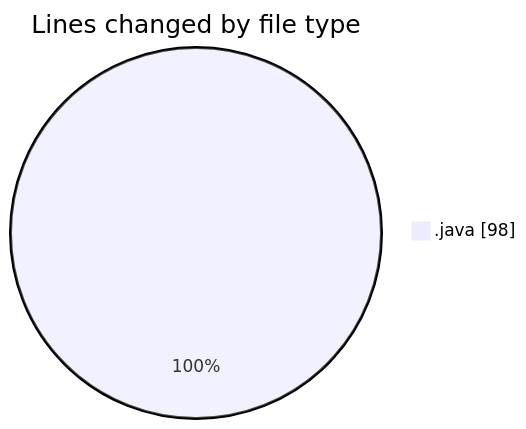
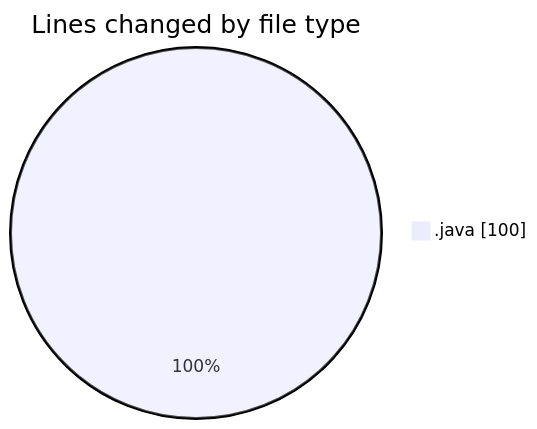
One commit to ricardozamudiocil/code-tracking changed the first of 2 diagrams in 2026-03-31/cilofertascomerciales/README.md. Above: the diagram before and after it, drawn with Mermaid. The commit also changed other lines of this file and 1 other file, not shown here.

````diff
--- a/2026-03-31/cilofertascomerciales/README.md
+++ b/2026-03-31/cilofertascomerciales/README.md
@@ -21,5 +21,5 @@
 ```mermaid
 pie showData
 title Lines changed by file type
-".java" : 98
+".java" : 100
 ```
````
